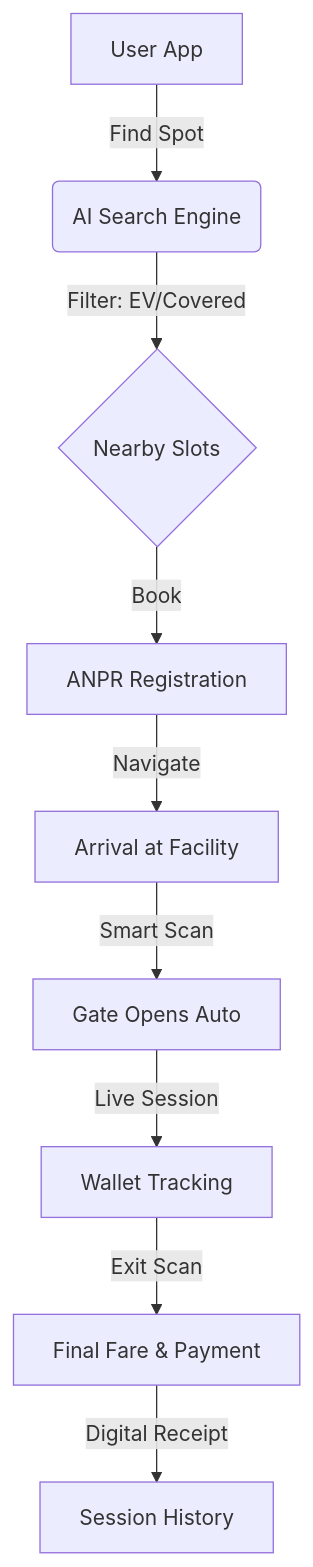
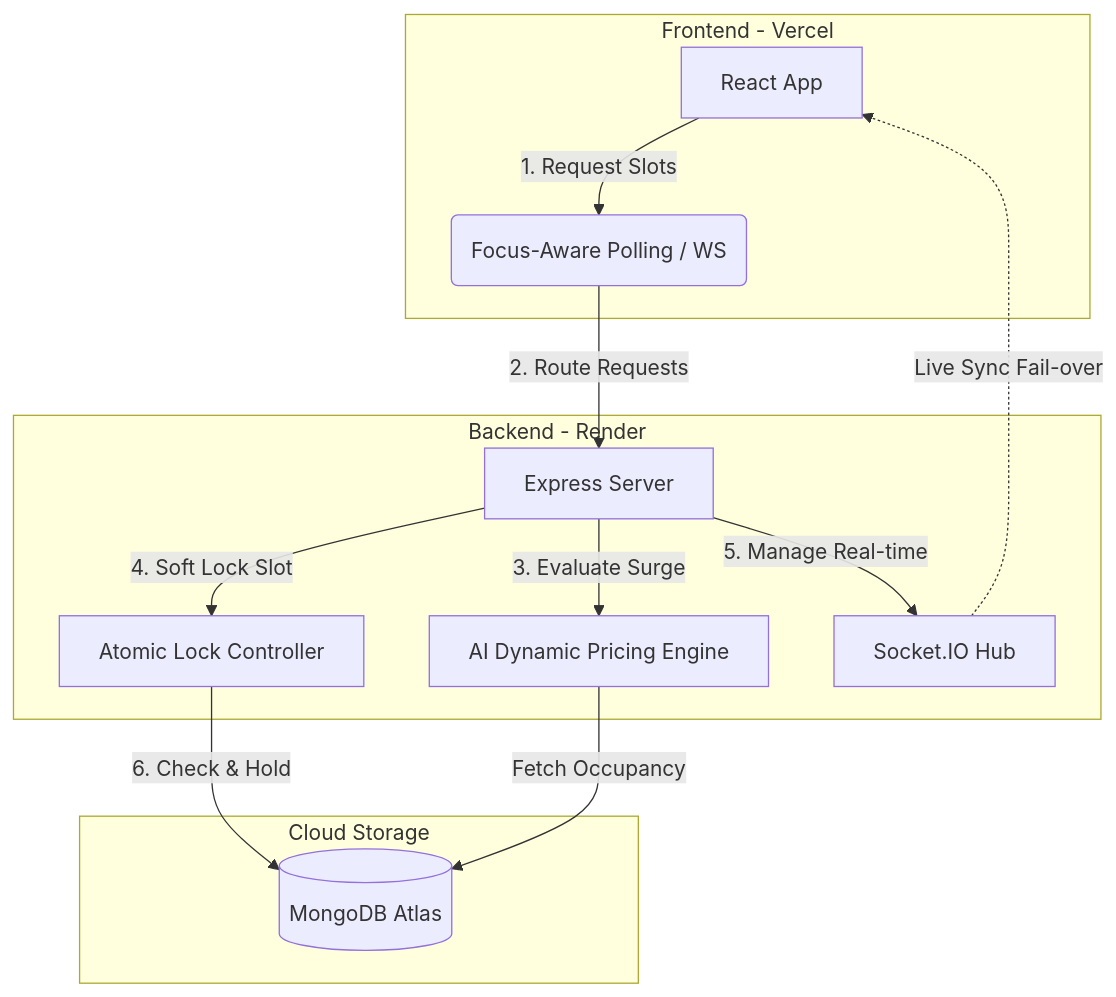
One commit to sajidtecho/Drivix changed the first of 3 diagrams in README.md. Above: the diagram before and after it, drawn with Mermaid. The commit also changed other lines of this file, not shown here.

Commit message:
docs: update README with architectural details, new tech stack, and setup instructions

````diff
--- a/README.md
+++ b/README.md
@@ -31,11 +18,20 @@
 ```mermaid
 graph TD
-    A[User App] -->|Find Spot| B(AI Search Engine)
-    B -->|Filter: EV/Covered| C{Nearby Slots}
-    C -->|Book| D[ANPR Registration]
-    D -->|Navigate| E[Arrival at Facility]
-    E -->|Smart Scan| F[Gate Opens Auto]
-    F -->|Live Session| G[Wallet Tracking]
-    G -->|Exit Scan| H[Final Fare & Payment]
-    H -->|Digital Receipt| I[Session History]
+    subgraph Client Layer [Frontend - Vercel]
+        A[React App] -->|1. Request Slots| B(Focus-Aware Polling / WS)
+    end
+
+    subgraph Service Layer [Backend - Render]
+        B -->|2. Route Requests| C[Express Server]
+        C -->|3. Evaluate Surge| D[AI Dynamic Pricing Engine]
+        C -->|4. Soft Lock Slot| E[Atomic Lock Controller]
+        C -->|5. Manage Real-time| F[Socket.IO Hub]
+    end
+
+    subgraph Database Layer [Cloud Storage]
+        E -->|6. Check & Hold| G[(MongoDB Atlas)]
+        D -->|Fetch Occupancy| G
+    end
+    
+    F -.->|Live Sync Fail-over| A
 ```
````
